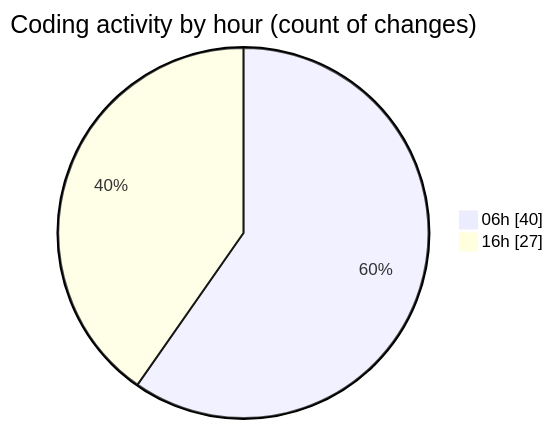
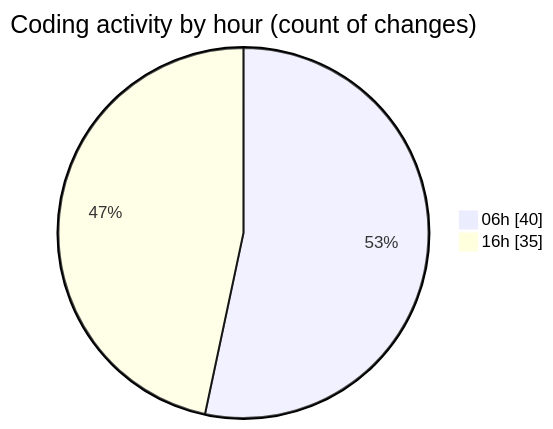
Before and after one commit to charlie-sans/code-tracking: the second of 2 diagrams in 2025-02-25/micros/README.md, drawn with Mermaid. The commit also changed other lines of this file and 1 other file, not shown here.

````diff
--- a/2025-02-25/micros/README.md
+++ b/2025-02-25/micros/README.md
@@ -46,6 +49,6 @@
 ```mermaid
 pie showData
 title Coding activity by hour (count of changes)
 "06h" : 40
-"16h" : 27
+"16h" : 35
 ```
````
